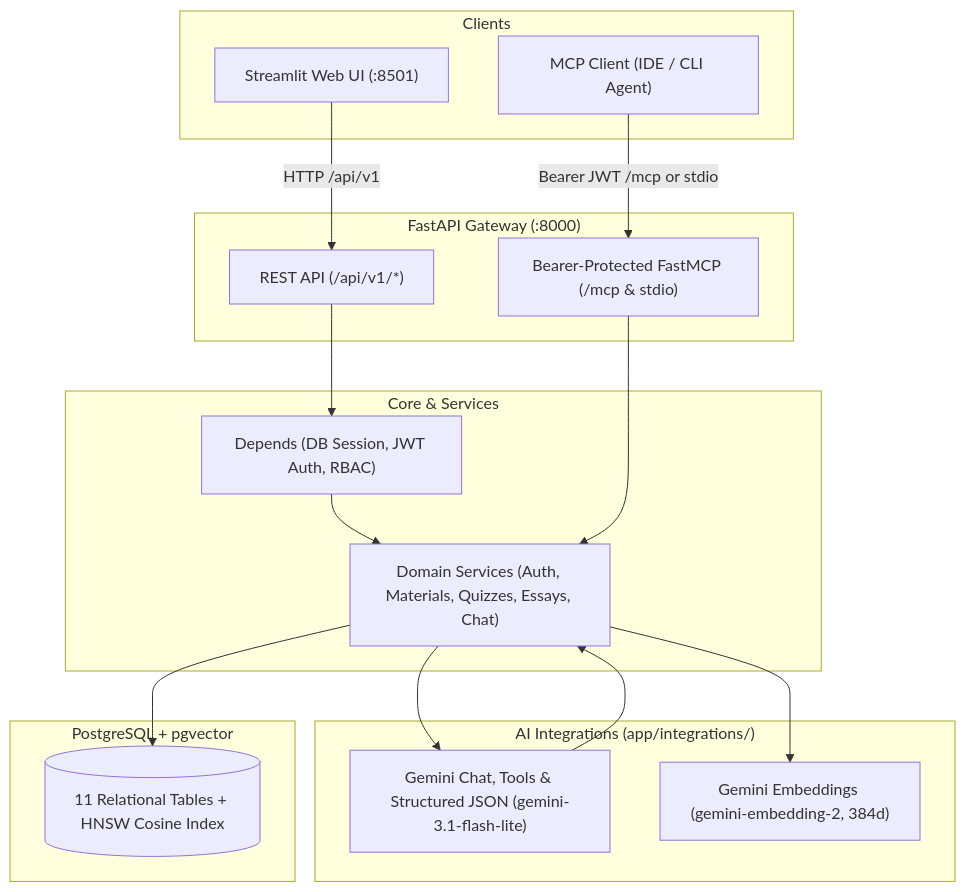
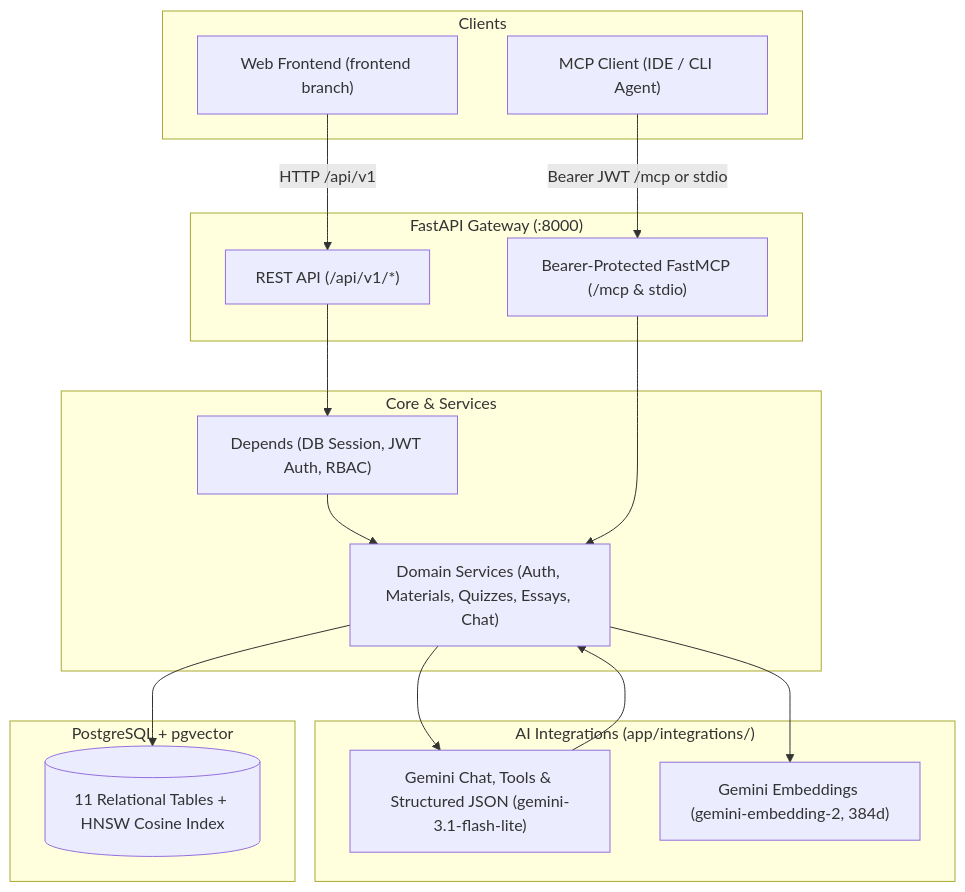
One commit to MushfiqPlabon/OmniTest changed the first of 2 diagrams in README.md. Above: the diagram before and after it, drawn with Mermaid. The commit also changed other lines of this file and 37 other files, not shown here.

Commit message:
chore: remove Streamlit frontend and Playwright UI tests from backend branch

````diff
--- a/README.md
+++ b/README.md
@@ -31,35 +31,35 @@
 ```mermaid
 flowchart TD
     subgraph Clients["Clients"]
-        UI["Streamlit Web UI (:8501)"]
+        UI["Web Frontend (frontend branch)"]
         MCPClient["MCP Client (IDE / CLI Agent)"]
     end
 
     subgraph Gateway["FastAPI Gateway (:8000)"]
         API["REST API (/api/v1/*)"]
         MCP_HTTP["Bearer-Protected FastMCP (/mcp & stdio)"]
     end
 
     subgraph Core["Core & Services"]
         DEP["Depends (DB Session, JWT Auth, RBAC)"]
         SVC["Domain Services (Auth, Materials, Quizzes, Essays, Chat)"]
     end
 
     subgraph Integrations["AI Integrations (app/integrations/)"]
         LLM["Gemini Chat, Tools & Structured JSON (gemini-3.1-flash-lite)"]
         EMBED["Gemini Embeddings (gemini-embedding-2, 384d)"]
     end
 
     subgraph Storage["PostgreSQL + pgvector"]
         DB[("11 Relational Tables + HNSW Cosine Index")]
     end
 
     UI -->|HTTP /api/v1| API
     MCPClient -->|Bearer JWT /mcp or stdio| MCP_HTTP
     API --> DEP --> SVC
     MCP_HTTP --> SVC
     SVC --> EMBED
     SVC --> LLM
     LLM --> SVC
     SVC --> DB
 ```
````
